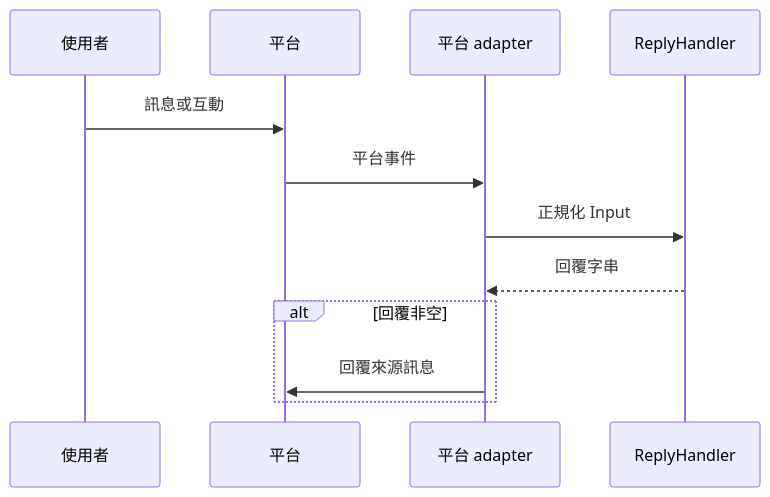
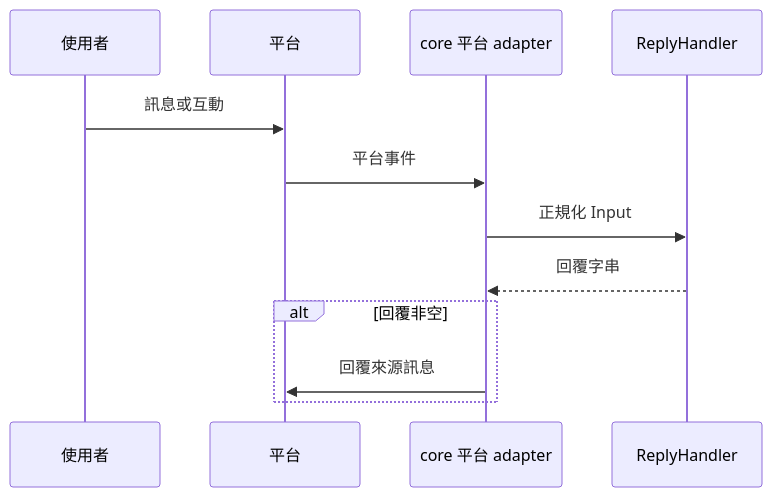
The sixth of 7 diagrams in doc/architecture.zh.md (pardnchiu/go-bot), drawn with Mermaid before and after one commit. The commit also changed other lines of this file and 32 other files, not shown here.

````diff
--- a/doc/architecture.zh.md
+++ b/doc/architecture.zh.md
@@ -87,14 +93,14 @@
 ```mermaid
 sequenceDiagram
     participant User as 使用者
     participant Platform as 平台
-    participant Adapter as 平台 adapter
+    participant Adapter as core 平台 adapter
     participant Handler as ReplyHandler
     User->>Platform: 訊息或互動
     Platform->>Adapter: 平台事件
     Adapter->>Handler: 正規化 Input
     Handler-->>Adapter: 回覆字串
     alt 回覆非空
         Adapter->>Platform: 回覆來源訊息
     end
 ```
````
